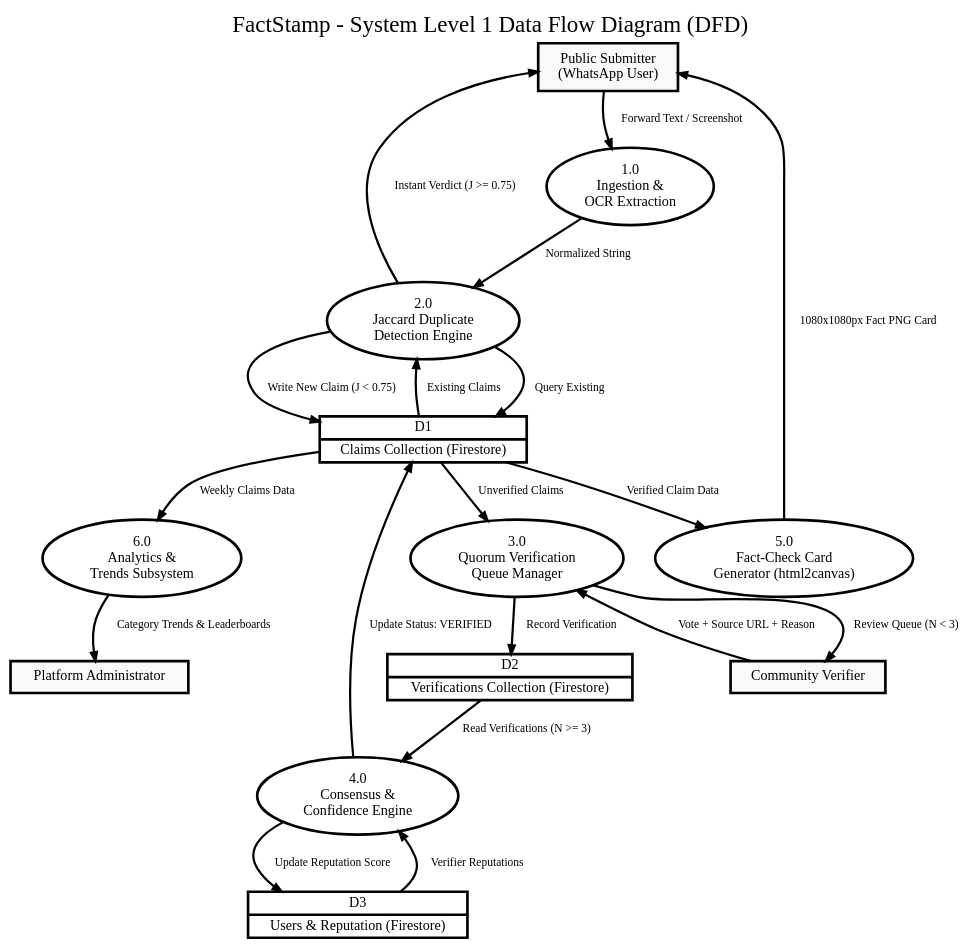
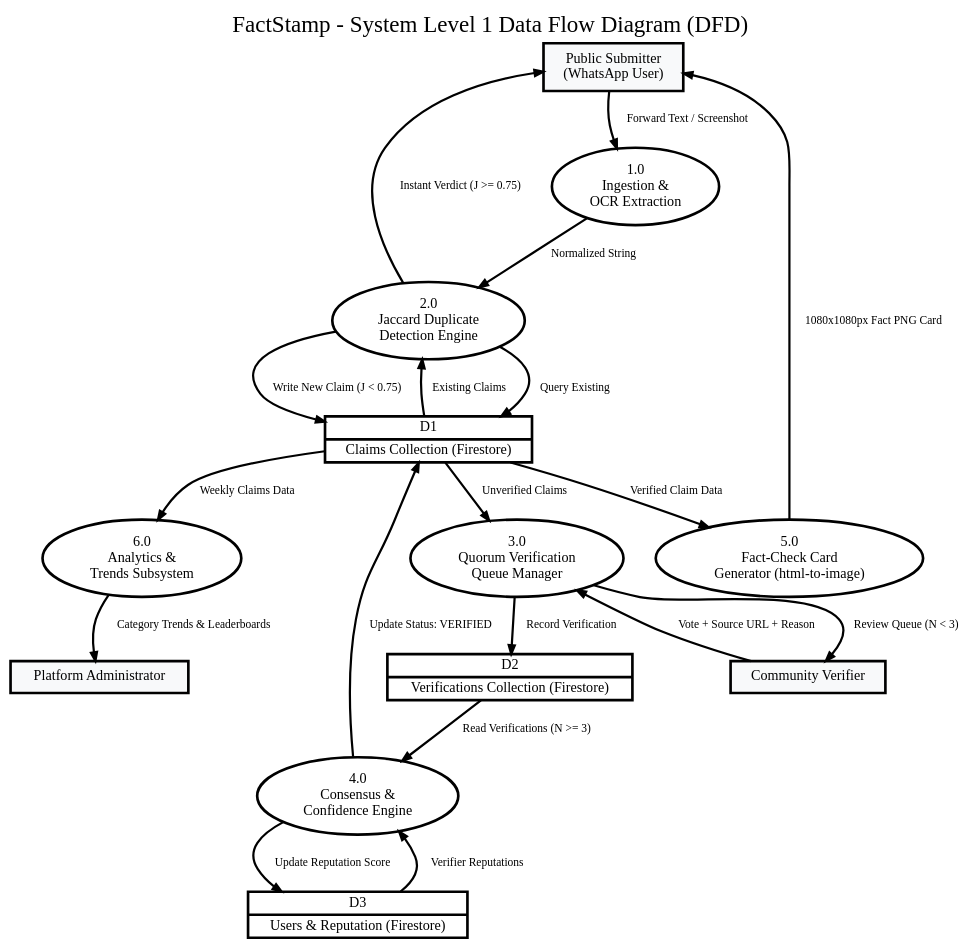
The diagram in FactStamp/Submission of 1. INTRODUCTION 2. SURVEY OF TECHNOLOGIES 3. REQUIREMENT AND ANALYSIS/attachments/dfd_level_1.dot (aadish0day/typst), drawn with Graphviz before and after one commit. The commit also changed 25 other files, not shown here.

First line of the commit message:
docs(factstamp): replace html2canvas with html-to-image across all chapters

```diff
--- a/FactStamp/Submission of 1. INTRODUCTION 2. SURVEY OF TECHNOLOGIES 3. REQUIREMENT AND ANALYSIS/attachments/dfd_level_1.dot
+++ b/FactStamp/Submission of 1. INTRODUCTION 2. SURVEY OF TECHNOLOGIES 3. REQUIREMENT AND ANALYSIS/attachments/dfd_level_1.dot
@@ -1,58 +1,58 @@
 digraph DFD_Level_1 {
   bgcolor="white"
   fontname="Liberation Sans Bold"
   label="FactStamp - System Level 1 Data Flow Diagram (DFD)"
   labelloc=t
   fontsize=26
   rankdir=TB
   nodesep=0.5
   ranksep=0.7
   margin=0.08
 
   node [fontname="Liberation Sans Bold", fontsize=16, style="filled,bold", fillcolor="#F8F9FA", color="#000000", penwidth=3.0]
   edge [fontname="Liberation Sans Bold", fontsize=13, color="#000000", penwidth=2.5]
 
   // Entities
   User [shape=box, label="Public Submitter\n(WhatsApp User)", margin="0.2,0.12"]
   Verifier [shape=box, label="Community Verifier", margin="0.2,0.12"]
   Admin [shape=box, label="Platform Administrator", margin="0.2,0.12"]
 
   // Data Stores (open-ended boxes via html-like label or record)
   D1 [shape=record, label="{<f0> D1 |<f1> Claims Collection (Firestore)}", fillcolor="#FFFFFF"]
   D2 [shape=record, label="{<f0> D2 |<f1> Verifications Collection (Firestore)}", fillcolor="#FFFFFF"]
   D3 [shape=record, label="{<f0> D3 |<f1> Users & Reputation (Firestore)}", fillcolor="#FFFFFF"]
 
   // Processes
   P1 [shape=ellipse, label="1.0\nIngestion &\nOCR Extraction", fillcolor="#FFFFFF"]
   P2 [shape=ellipse, label="2.0\nJaccard Duplicate\nDetection Engine", fillcolor="#FFFFFF"]
   P3 [shape=ellipse, label="3.0\nQuorum Verification\nQueue Manager", fillcolor="#FFFFFF"]
   P4 [shape=ellipse, label="4.0\nConsensus &\nConfidence Engine", fillcolor="#FFFFFF"]
-  P5 [shape=ellipse, label="5.0\nFact-Check Card\nGenerator (html2canvas)", fillcolor="#FFFFFF"]
+  P5 [shape=ellipse, label="5.0\nFact-Check Card\nGenerator (html-to-image)", fillcolor="#FFFFFF"]
   P6 [shape=ellipse, label="6.0\nAnalytics &\nTrends Subsystem", fillcolor="#FFFFFF"]
 
   // Flows
   User -> P1 [label=" Forward Text / Screenshot "]
   P1 -> P2 [label=" Normalized String "]
   
   P2 -> D1 [label=" Query Existing "]
   D1 -> P2 [label=" Existing Claims "]
   
   P2 -> User [label=" Instant Verdict (J >= 0.75) "]
   P2 -> D1 [label=" Write New Claim (J < 0.75) "]
 
   D1 -> P3 [label=" Unverified Claims "]
   P3 -> Verifier [label=" Review Queue (N < 3) "]
   Verifier -> P3 [label=" Vote + Source URL + Reason "]
   P3 -> D2 [label=" Record Verification "]
 
   D2 -> P4 [label=" Read Verifications (N >= 3) "]
   D3 -> P4 [label=" Verifier Reputations "]
   P4 -> D1 [label=" Update Status: VERIFIED "]
   P4 -> D3 [label=" Update Reputation Score "]
 
   D1 -> P5 [label=" Verified Claim Data "]
   P5 -> User [label=" 1080x1080px Fact PNG Card "]
 
   D1 -> P6 [label=" Weekly Claims Data "]
   P6 -> Admin [label=" Category Trends & Leaderboards "]
 }
```
